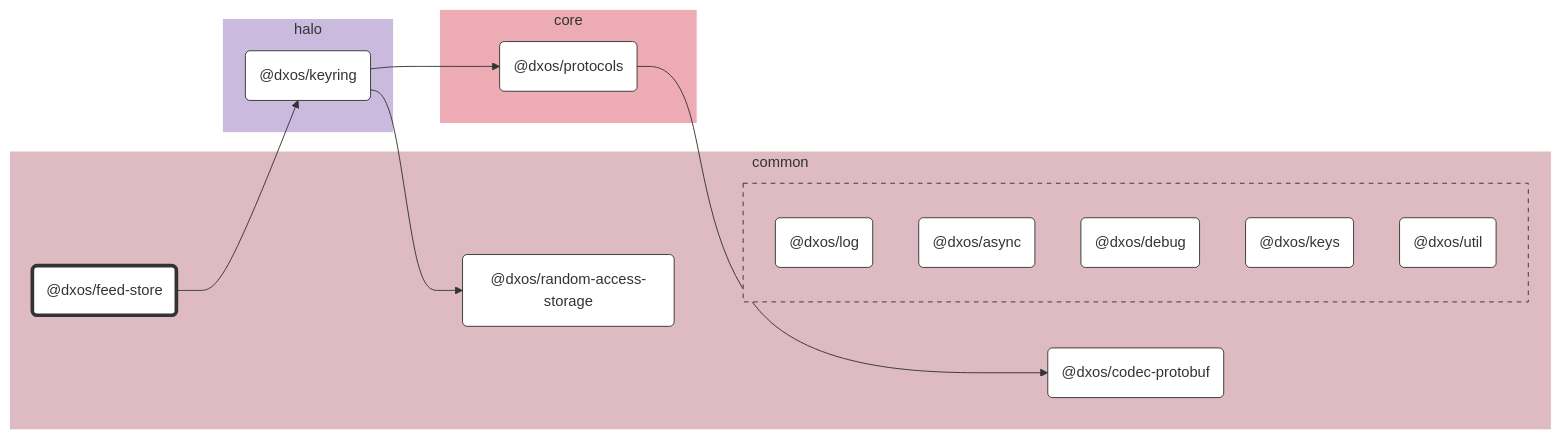
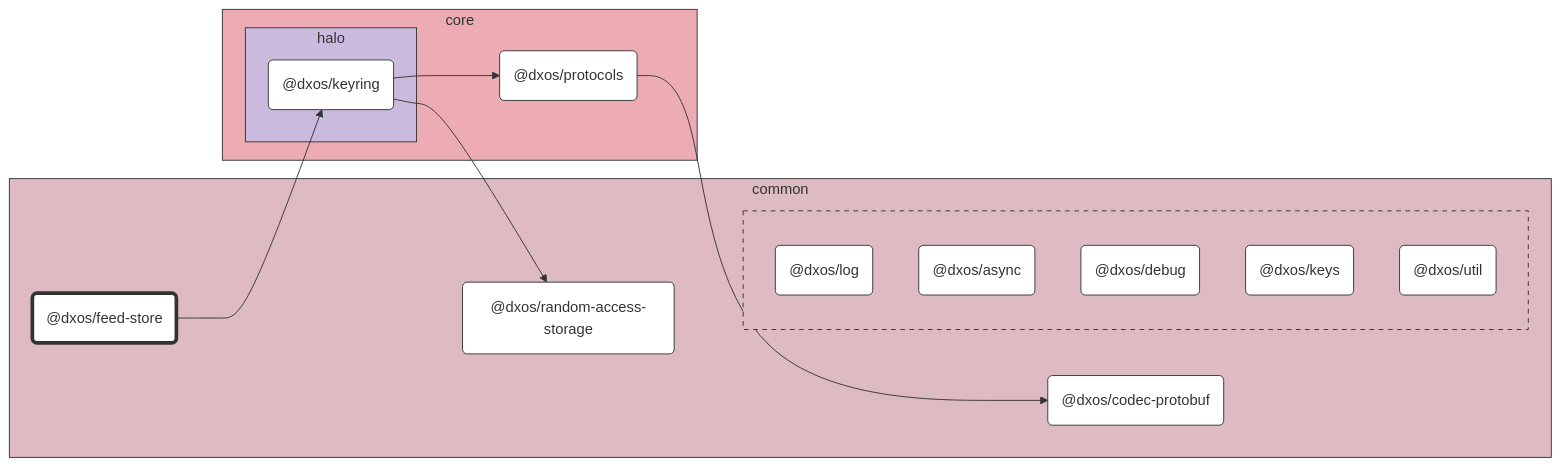
The diagram in packages/common/feed-store/docs/README.md (dxos/dxos), drawn with Mermaid before and after one commit. The commit also changed 89 other files, not shown here.

````diff
--- a/packages/common/feed-store/docs/README.md
+++ b/packages/common/feed-store/docs/README.md
@@ -7,54 +7,54 @@
 ```mermaid
 %%{ init: {'flowchart':{'curve':'basis'}} }%%
 
 flowchart LR
 
 %% Classes
 classDef def fill:#fff,stroke:#333,stroke-width:1px
 classDef root fill:#fff,stroke:#333,stroke-width:4px
 
 %% Nodes
 
 subgraph common [common]
-  style common fill:#debac2,stroke:#fff
+  style common fill:#debac2,stroke:#333
   dxos/feed-store("@dxos/feed-store"):::root
   click dxos/feed-store "dxos/dxos/tree/main/packages/common/feed-store/docs"
   dxos/codec-protobuf("@dxos/codec-protobuf"):::def
   click dxos/codec-protobuf "dxos/dxos/tree/main/packages/common/codec-protobuf/docs"
   dxos/random-access-storage("@dxos/random-access-storage"):::def
   click dxos/random-access-storage "dxos/dxos/tree/main/packages/common/random-access-storage/docs"
 
-  subgraph common-excluded [ ]
-    style common-excluded fill:#debac2,stroke:#333,stroke-dasharray:5 5
+  subgraph _ [ ]
+    style _ fill:#debac2,stroke:#333,stroke-dasharray:5 5
     dxos/log("@dxos/log"):::def
     click dxos/log "dxos/dxos/tree/main/packages/common/log/docs"
     dxos/async("@dxos/async"):::def
     click dxos/async "dxos/dxos/tree/main/packages/common/async/docs"
     dxos/debug("@dxos/debug"):::def
     click dxos/debug "dxos/dxos/tree/main/packages/common/debug/docs"
     dxos/keys("@dxos/keys"):::def
     click dxos/keys "dxos/dxos/tree/main/packages/common/keys/docs"
     dxos/util("@dxos/util"):::def
     click dxos/util "dxos/dxos/tree/main/packages/common/util/docs"
   end
 end
 
-subgraph halo [halo]
-  style halo fill:#cabade,stroke:#fff
-  dxos/keyring("@dxos/keyring"):::def
-  click dxos/keyring "dxos/dxos/tree/main/packages/core/halo/keyring/docs"
-end
-
 subgraph core [core]
-  style core fill:#edabb3,stroke:#fff
+  style core fill:#edabb3,stroke:#333
   dxos/protocols("@dxos/protocols"):::def
   click dxos/protocols "dxos/dxos/tree/main/packages/core/protocols/docs"
+
+  subgraph halo [halo]
+    style halo fill:#cabade,stroke:#333
+    dxos/keyring("@dxos/keyring"):::def
+    click dxos/keyring "dxos/dxos/tree/main/packages/core/halo/keyring/docs"
+  end
 end
 
 %% Links
 linkStyle default stroke:#333,stroke-width:1px
 dxos/feed-store --> dxos/keyring
 dxos/keyring --> dxos/protocols
 dxos/protocols --> dxos/codec-protobuf
 dxos/keyring --> dxos/random-access-storage
 ```
````
